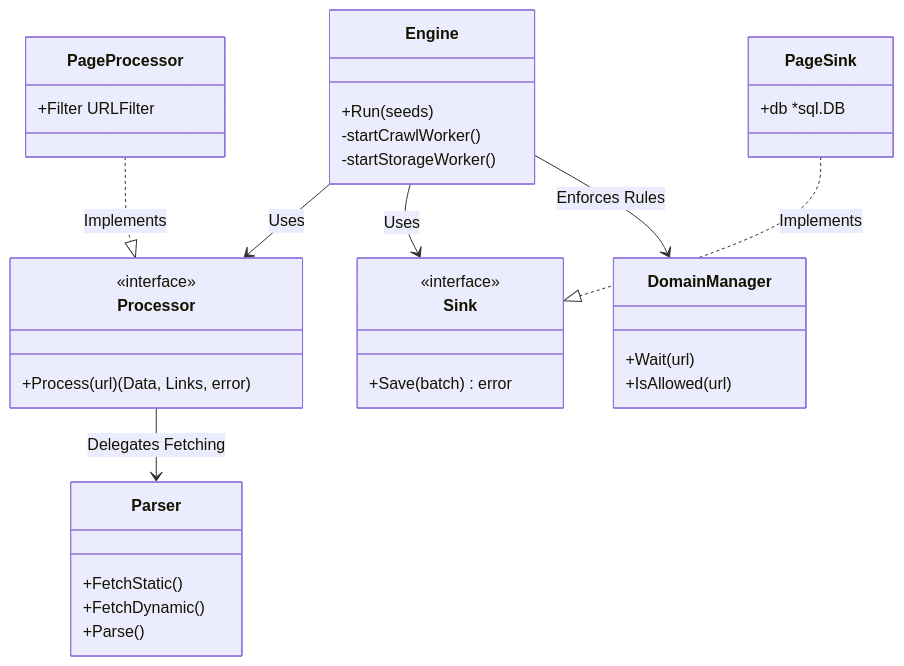
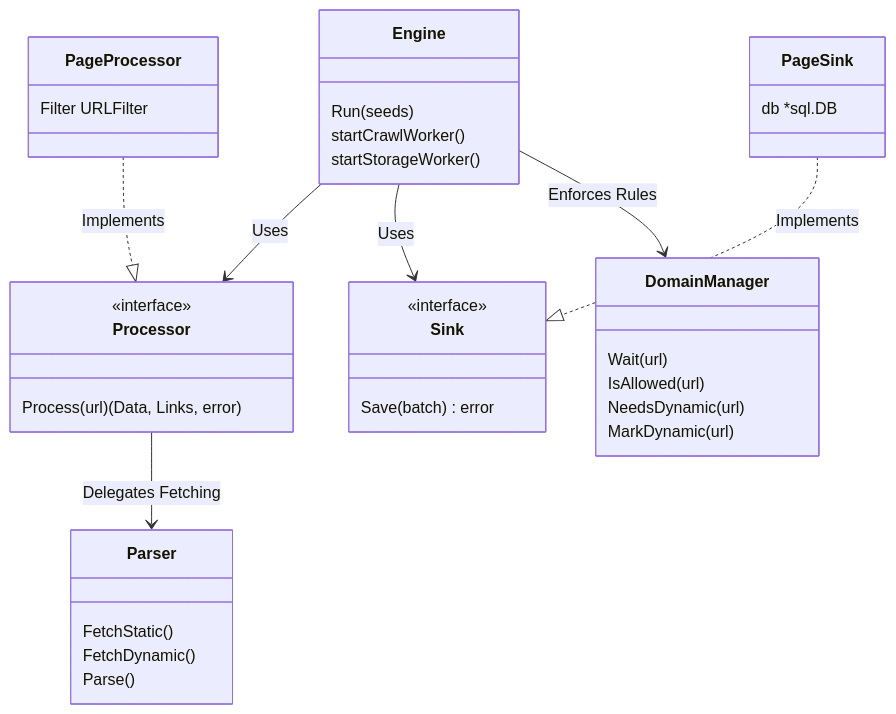
One commit to BenZHashim/Go-WebCrawler changed the second of 2 diagrams in README.md. Above: the diagram before and after it, drawn with Mermaid.

Commit message:
graph improvements

````diff
--- a/README.md
+++ b/README.md
@@ -77,48 +77,50 @@
 ```mermaid
 classDiagram
     direction TB
 
     class Engine {
-        +Run(seeds)
-        -startCrawlWorker()
-        -startStorageWorker()
+        Run(seeds)
+        startCrawlWorker()
+        startStorageWorker()
     }
 
     class Processor {
         <<interface>>
-        +Process(url) (Data, Links, error)
+        Process(url) (Data, Links, error)
     }
 
     class Sink {
         <<interface>>
-        +Save(batch) error
+        Save(batch) error
     }
 
     class Parser {
-        +FetchStatic()
-        +FetchDynamic()
-        +Parse()
+        FetchStatic()
+        FetchDynamic()
+        Parse()
     }
 
     class DomainManager {
-        +Wait(url)
-        +IsAllowed(url)
+        Wait(url)
+        IsAllowed(url)
+        NeedsDynamic(url)
+        MarkDynamic(url)
     }
 
     %% Relationships
     Engine --> Processor : Uses
     Engine --> Sink : Uses
     Engine --> DomainManager : Enforces Rules
     Processor --> Parser : Delegates Fetching
     
     %% Implementations
     class PageProcessor {
-        +Filter URLFilter
+        Filter URLFilter
     }
     class PageSink {
-        +db *sql.DB
+        db *sql.DB
     }
     
     PageProcessor ..|> Processor : Implements
     PageSink ..|> Sink : Implements
 ```
````
